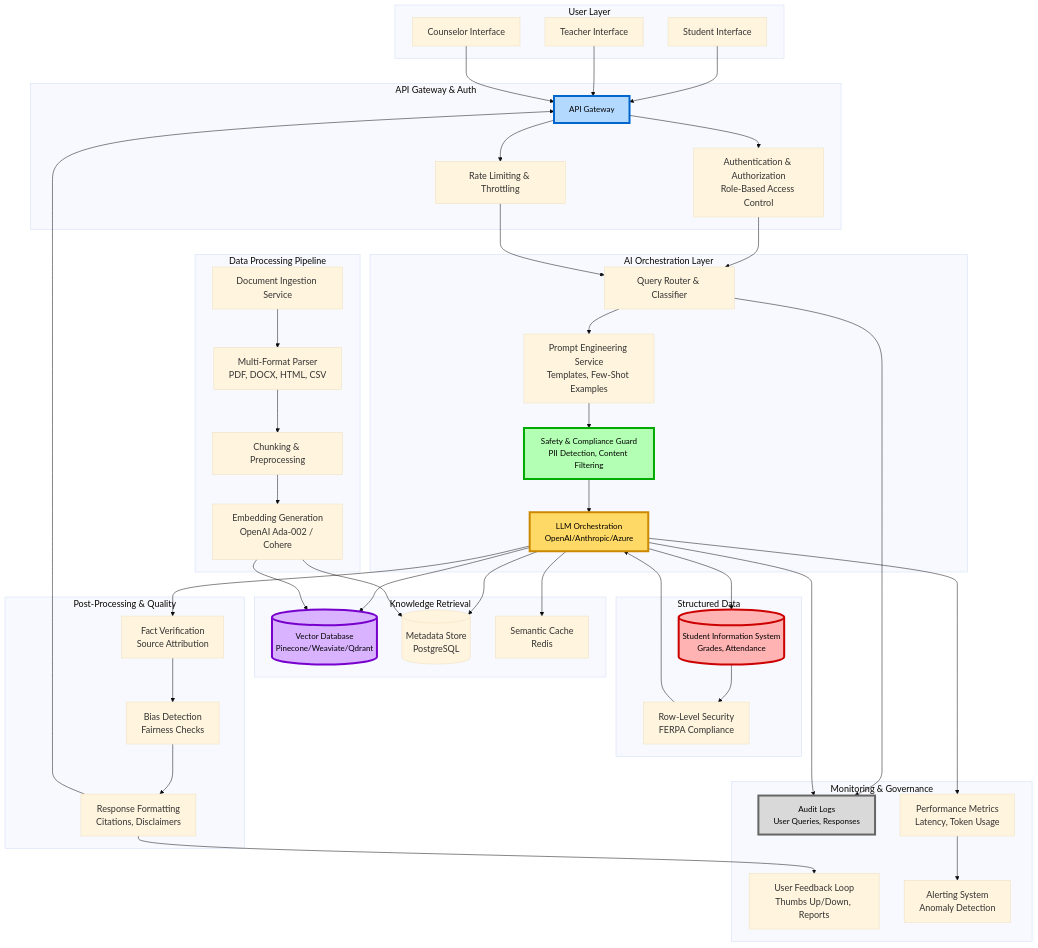
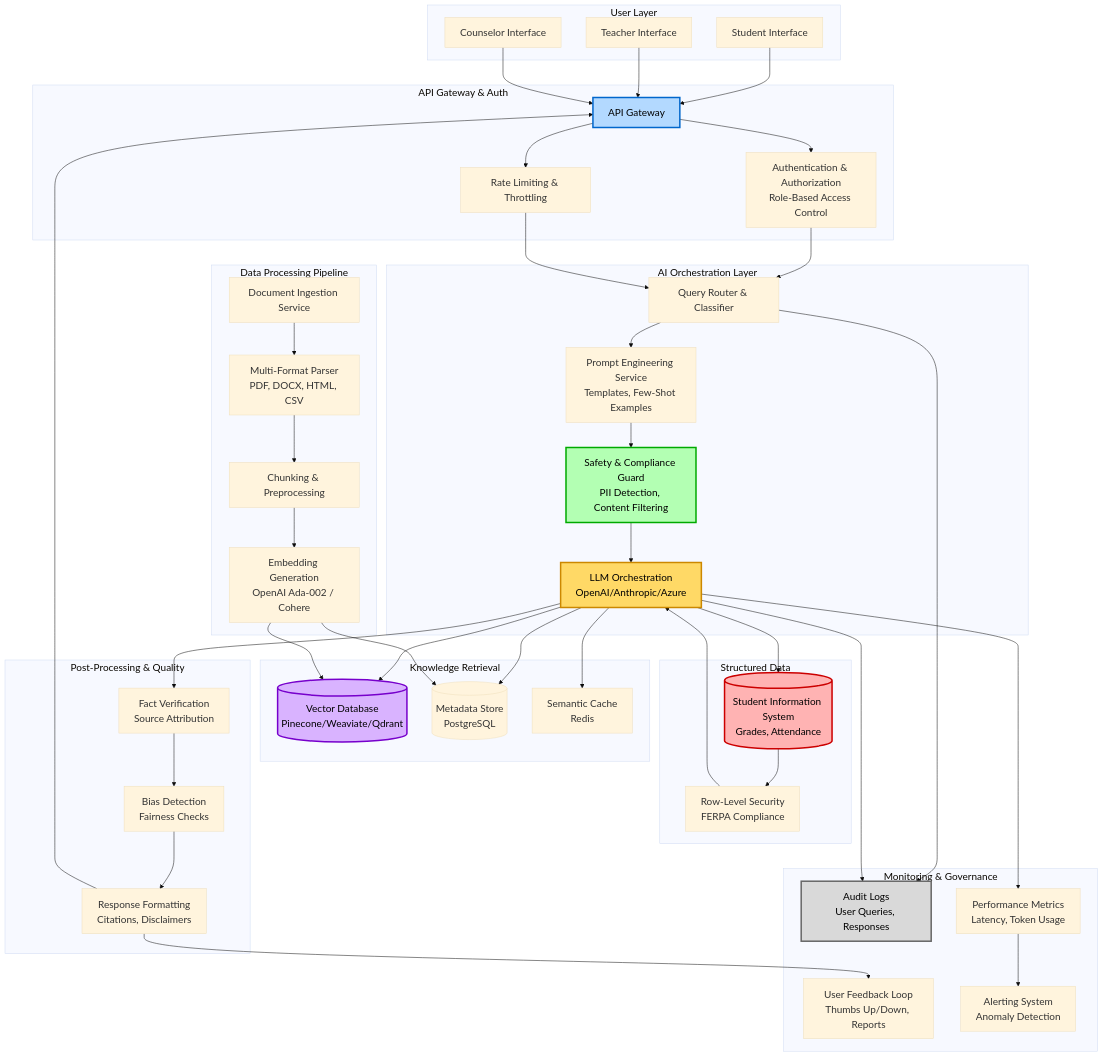
One commit to kbwillia/sparq-takehome changed the diagram in ARCHITECTURE.md. Above: the diagram before and after it, drawn with Mermaid.

Commit message:
Refine architecture diagram by increasing font size and adjusting stroke widths for improved clarity

````diff
--- a/ARCHITECTURE.md
+++ b/ARCHITECTURE.md
@@ -5,5 +5,5 @@
 ```mermaid
-%%{init: {'theme':'base', 'themeVariables': {'fontSize':'18px', 'fontFamily':'arial'}}}%%
+%%{init: {'theme':'base', 'themeVariables': {'fontSize':'20px', 'fontFamily':'arial', 'nodeSpacing':80, 'rankSpacing':80}}}%%
 graph TB
     subgraph "User Layer"
         Student[Student Interface]
@@ -93,10 +93,10 @@
     Format --> Feedback
     Metrics --> Alert
 
-    style Gateway fill:#b3d9ff,stroke:#0066cc,stroke-width:4px,color:#000,font-size:16px
-    style LLMOrch fill:#ffd966,stroke:#cc8800,stroke-width:4px,color:#000,font-size:16px
-    style VectorDB fill:#d9b3ff,stroke:#7700cc,stroke-width:4px,color:#000,font-size:16px
-    style StudentDB fill:#ffb3b3,stroke:#cc0000,stroke-width:4px,color:#000,font-size:16px
-    style Guard fill:#b3ffb3,stroke:#00aa00,stroke-width:4px,color:#000,font-size:16px
-    style Logs fill:#d9d9d9,stroke:#666666,stroke-width:4px,color:#000,font-size:16px
+    style Gateway fill:#b3d9ff,stroke:#0066cc,stroke-width:3px,color:#000
+    style LLMOrch fill:#ffd966,stroke:#cc8800,stroke-width:3px,color:#000
+    style VectorDB fill:#d9b3ff,stroke:#7700cc,stroke-width:3px,color:#000
+    style StudentDB fill:#ffb3b3,stroke:#cc0000,stroke-width:3px,color:#000
+    style Guard fill:#b3ffb3,stroke:#00aa00,stroke-width:3px,color:#000
+    style Logs fill:#d9d9d9,stroke:#666666,stroke-width:3px,color:#000
 ```
````
